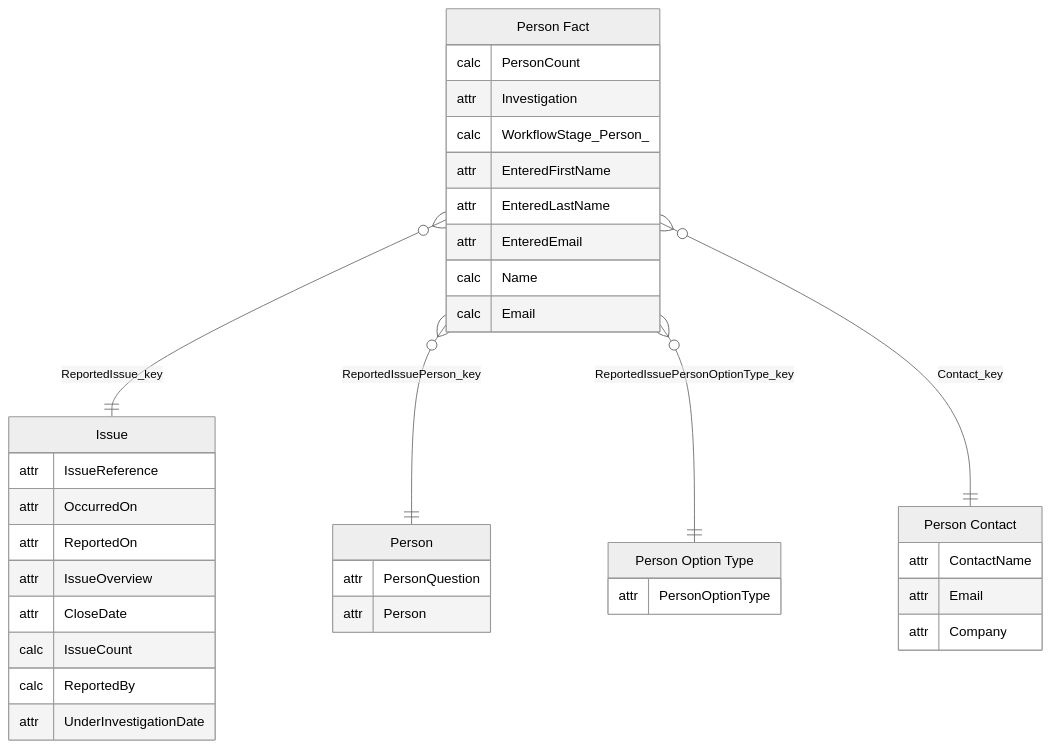
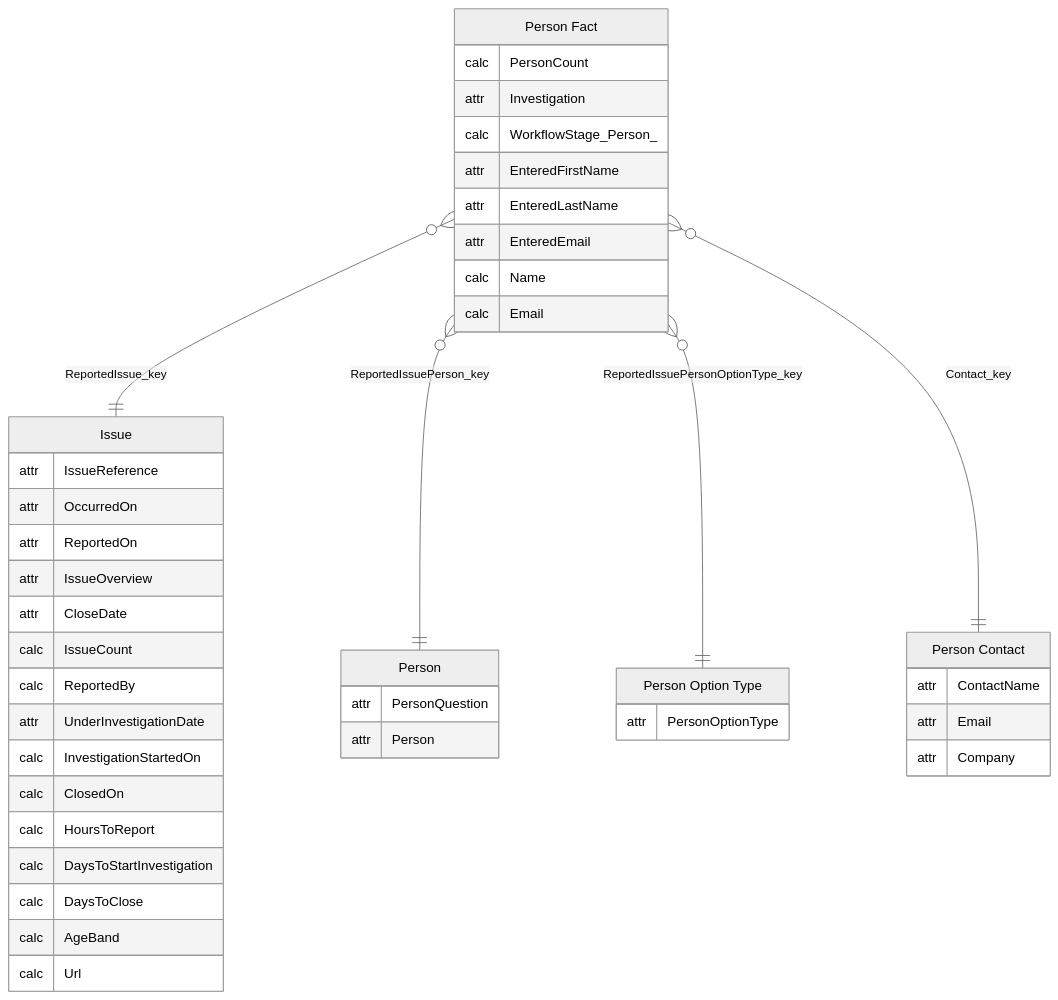
Before and after one commit to work-wallet/BIClient: the fifth of 12 diagrams in PowerBISamplesModels/ReportedIssues.md, drawn with Mermaid. The commit also changed other lines of this file and 816 other files, not shown here.

````diff
--- a/PowerBISamplesModels/ReportedIssues.md
+++ b/PowerBISamplesModels/ReportedIssues.md
@@ -157,43 +196,50 @@
 ```mermaid
 ---
 config:
   theme: neutral
 ---
 erDiagram
     "Issue" {
         attr IssueReference
         attr OccurredOn
         attr ReportedOn
         attr IssueOverview
         attr CloseDate
         calc IssueCount
         calc ReportedBy
         attr UnderInvestigationDate
+        calc InvestigationStartedOn
+        calc ClosedOn
+        calc HoursToReport
+        calc DaysToStartInvestigation
+        calc DaysToClose
+        calc AgeBand
+        calc Url
     }
     "Person Fact" {
         calc PersonCount
         attr Investigation
         calc WorkflowStage_Person_
         attr EnteredFirstName
         attr EnteredLastName
         attr EnteredEmail
         calc Name
         calc Email
     }
     "Person" {
         attr PersonQuestion
         attr Person
     }
     "Person Option Type" {
         attr PersonOptionType
     }
     "Person Contact" {
         attr ContactName
         attr Email
         attr Company
     }
     "Person Fact" }o--|| "Issue" : "ReportedIssue_key"
     "Person Fact" }o--|| "Person" : "ReportedIssuePerson_key"
     "Person Fact" }o--|| "Person Option Type" : "ReportedIssuePersonOptionType_key"
     "Person Fact" }o--|| "Person Contact" : "Contact_key"
 ```
````
